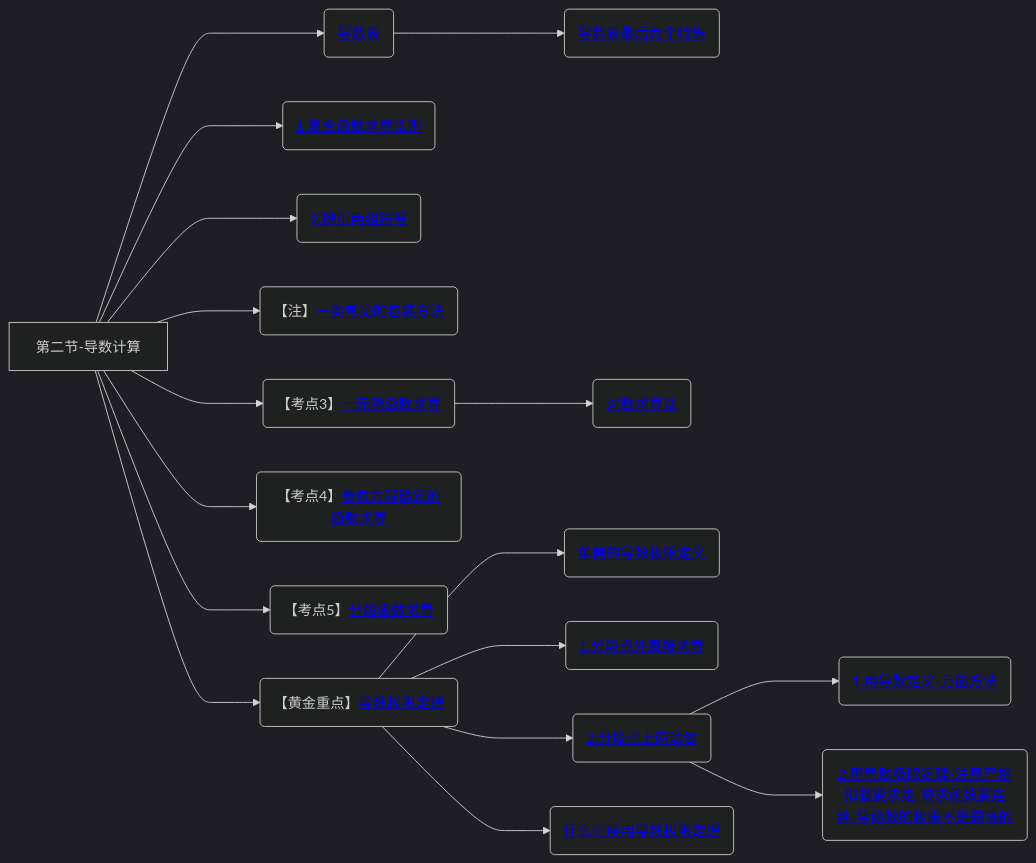
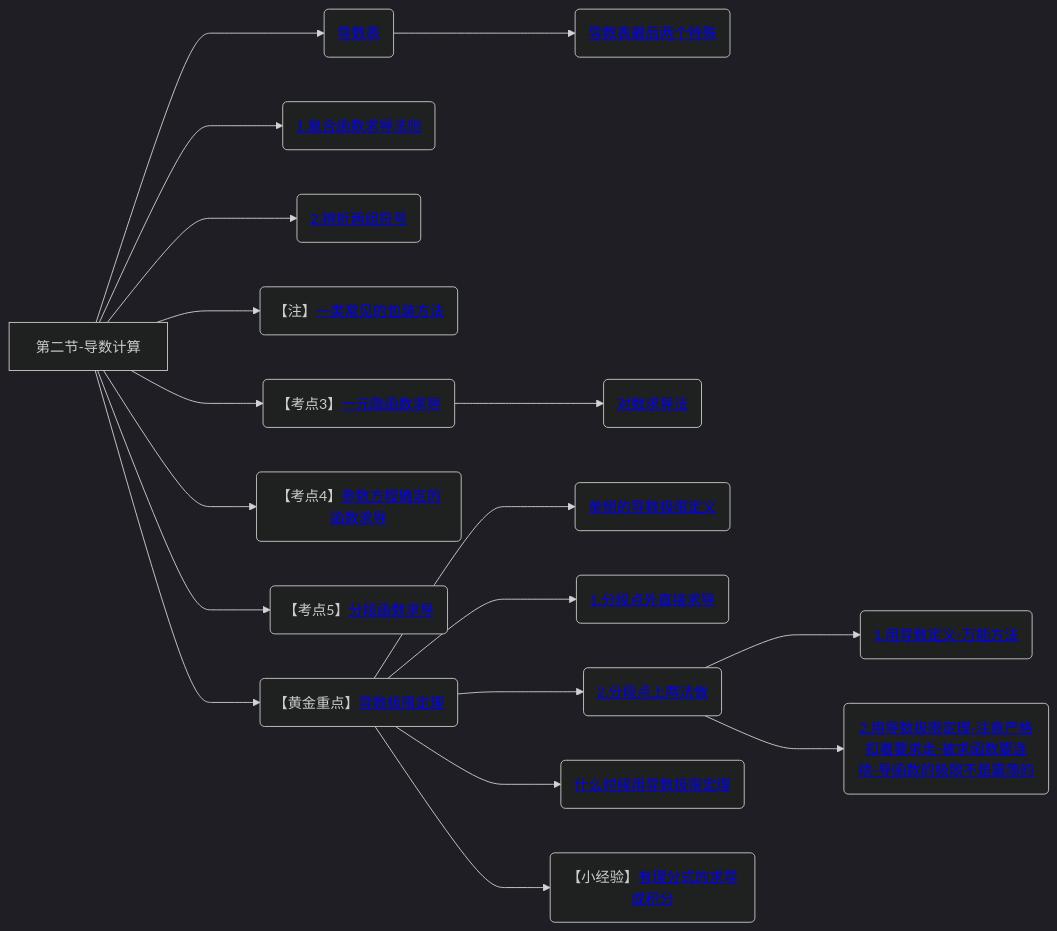
One commit to yuebinghui/note changed diagram 12 of 12 in 笔记/数学/周洋鑫/01.基础班思维导图.md. Above: the diagram before and after it, drawn with Mermaid (dark theme). The commit also changed 5 other files, not shown here.

````diff
--- a/笔记/数学/周洋鑫/01.基础班思维导图.md
+++ b/笔记/数学/周洋鑫/01.基础班思维导图.md
@@ -454,28 +454,30 @@
 ```mermaid
 graph LR
 第二节-导数计算
 
 第二节-导数计算--->导数表(<a href="/Users/yuebinghui/Documents/program/github/note/笔记/数学/周洋鑫/零基础提前学/11.1零基础核心考点精讲10-1.md#导数表-必须记住">导数表</>)
 导数表--->导数表最后两个特殊(<a href="/Users/yuebinghui/Documents/program/github/note/笔记/数学/周洋鑫/零基础提前学/11.1零基础核心考点精讲10-1.md#导数表最后两个特殊">导数表最后两个特殊</>)
 第二节-导数计算--->复合函数求导法则(<a href="/Users/yuebinghui/Documents/program/github/note/笔记/数学/周洋鑫/基础班/12.导数计算_1.md#复合函数求导法则">1.复合函数求导法则</>)
 第二节-导数计算--->2.辨析两组符号(<a href="/Users/yuebinghui/Documents/program/github/note/笔记/数学/周洋鑫/基础班/12.导数计算_1.md#2.辨析两组符号">2.辨析两组符号</>)
 
 第二节-导数计算--->一类常见的包装方法(【注】<a href="/Users/yuebinghui/Documents/program/github/note/笔记/数学/周洋鑫/基础班/12.导数计算_1.md#一类常见的包装方法">一类常见的包装方法</>)
 
 第二节-导数计算--->一元隐函数求导(【考点3】<a href="/Users/yuebinghui/Documents/program/github/note/笔记/数学/周洋鑫/基础班/12.导数计算_1.md#一元隐函数求导">一元隐函数求导</>)
 
 一元隐函数求导--->对数求导法(<a href="/Users/yuebinghui/Documents/program/github/note/笔记/数学/周洋鑫/基础班/13.导数计算_2.md#对数求导法">对数求导法</>)
 
 第二节-导数计算--->参数方程确定的函数求导(【考点4】<a href="/Users/yuebinghui/Documents/program/github/note/笔记/数学/周洋鑫/基础班/13.导数计算_2.md#参数方程确定的函数求导">参数方程确定的函数求导</>)
 
 第二节-导数计算--->分段函数求导(【考点5】<a href="/Users/yuebinghui/Documents/program/github/note/笔记/数学/周洋鑫/基础班/13.导数计算_2.md#分段函数求导">分段函数求导</>)
 
 第二节-导数计算--->导数极限定理(【黄金重点】<a href="/Users/yuebinghui/Documents/program/github/note/笔记/数学/周洋鑫/基础班/13.导数计算_2.md#导数极限定理">导数极限定理</>)
 导数极限定理--->单侧的导数极限定义(<a href="/Users/yuebinghui/Documents/program/github/note/笔记/数学/周洋鑫/基础班/13.导数计算_2.md#单侧的导数极限定义">单侧的导数极限定义</>)
 导数极限定理--->1.分段点外直接求导(<a href="/Users/yuebinghui/Documents/program/github/note/笔记/数学/周洋鑫/基础班/13.导数计算_2.md#1.分段点外直接求导">1.分段点外直接求导</>)
 导数极限定理--->2.分段点上两法做(<a href="/Users/yuebinghui/Documents/program/github/note/笔记/数学/周洋鑫/基础班/13.导数计算_2.md#2.分段点上两法做">2.分段点上两法做</>)
 2.分段点上两法做--->1.用导数定义-万能方法(<a href="/Users/yuebinghui/Documents/program/github/note/笔记/数学/周洋鑫/基础班/13.导数计算_2.md#1.用导数定义-万能方法">1.用导数定义-万能方法</>)
 2.分段点上两法做--->2.用导数极限定理-注意严格扣着要求走-被求函数要连续-导函数的极限不是震荡的(<a href="/Users/yuebinghui/Documents/program/github/note/笔记/数学/周洋鑫/基础班/13.导数计算_2.md#2.用导数极限定理-注意严格扣着要求走-被求函数要连续-导函数的极限不是震荡的">2.用导数极限定理-注意严格扣着要求走-被求函数要连续-导函数的极限不是震荡的</>)
 导数极限定理--->什么时候用导数极限定理(<a href="/Users/yuebinghui/Documents/program/github/note/笔记/数学/周洋鑫/基础班/13.导数计算_2.md#什么时候用导数极限定理">什么时候用导数极限定理</>)
 
+导数极限定理--->有理分式的求导或积分(【小经验】<a href="/Users/yuebinghui/Documents/program/github/note/笔记/数学/周洋鑫/基础班/13.导数计算_2.md#有理分式的求导或积分">有理分式的求导或积分</>)
+
 ```
````
